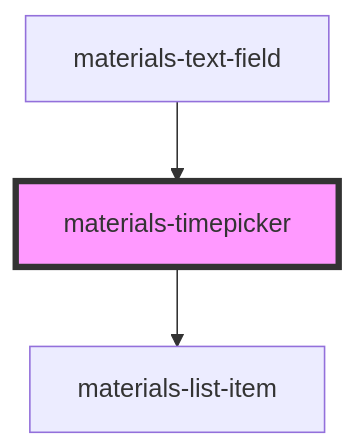
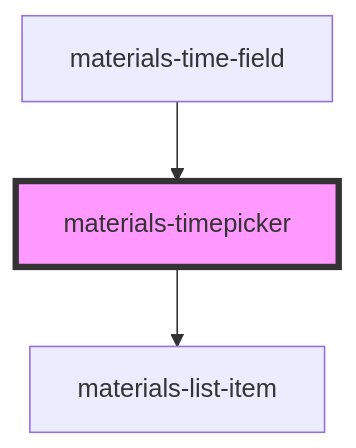
One commit to GMV-centravet/materials-elements changed the diagram in packages/materials/src/components/timepicker/readme.md. Above: the diagram before and after it, drawn with Mermaid. The commit also changed other lines of this file and 22 other files, not shown here.

````diff
--- a/packages/materials/src/components/timepicker/readme.md
+++ b/packages/materials/src/components/timepicker/readme.md
@@ -35,6 +35,6 @@
 ```mermaid
 graph TD;
   materials-timepicker --> materials-list-item
-  materials-text-field --> materials-timepicker
+  materials-time-field --> materials-timepicker
   style materials-timepicker fill:#f9f,stroke:#333,stroke-width:4px
 ```
````
